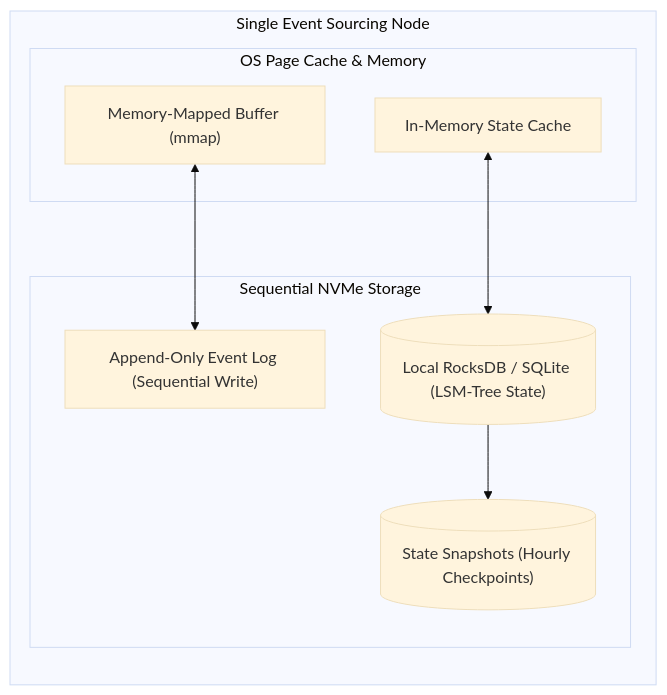
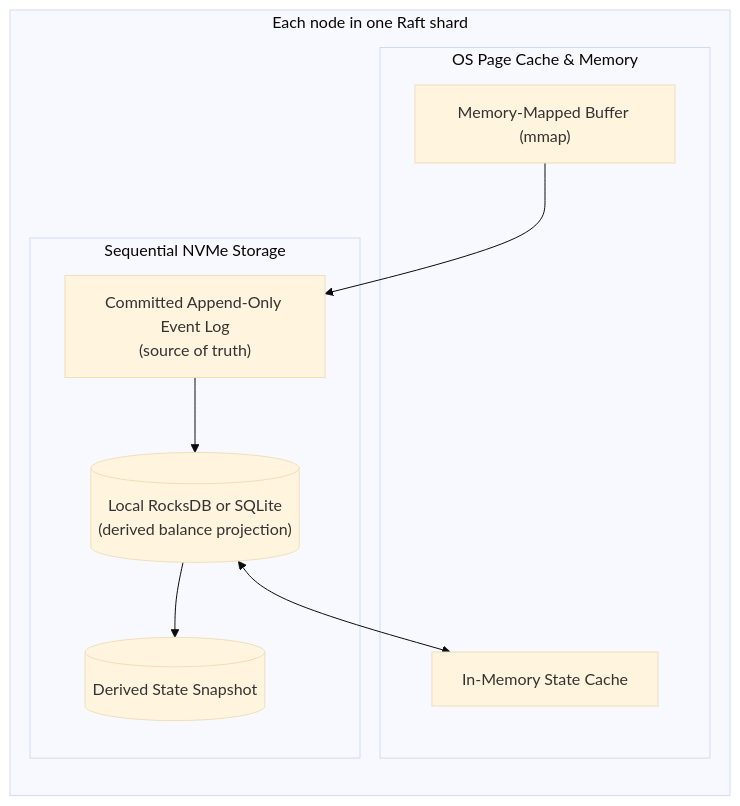
The sixth of 11 diagrams in system-design-cases/bytebytego/28-digital-wallet.md (gurkanindibay/azure_learning), drawn with Mermaid (base theme) before and after one commit. The commit also changed other lines of this file and 8 other files, not shown here.

Commit message:
feat: refine digital wallet storage model, add Raft sharding diagrams and balance check read path

````diff
--- a/system-design-cases/bytebytego/28-digital-wallet.md
+++ b/system-design-cases/bytebytego/28-digital-wallet.md
@@ -189,19 +189,20 @@
 ```mermaid
 flowchart TD
-    subgraph NodeArchitecture["Single Event Sourcing Node"]
+    subgraph NodeArchitecture["Each node in one Raft shard"]
         direction TB
         subgraph MemStore["OS Page Cache & Memory"]
             MMAP["Memory-Mapped Buffer (mmap)"]
             MEM_STATE["In-Memory State Cache"]
         end
         subgraph DiskStore["Sequential NVMe Storage"]
-            WAL["Append-Only Event Log (Sequential Write)"]
-            ROCKS[("Local RocksDB / SQLite (LSM-Tree State)")]
-            SNAP[("State Snapshots (Hourly Checkpoints)")]
+            WAL["Committed Append-Only Event Log<br/>(source of truth)"]
+            ROCKS[("Local RocksDB or SQLite<br/>(derived balance projection)")]
+            SNAP[("Derived State Snapshot")]
         end
     end
 
-    MMAP <--> WAL
-    MEM_STATE <--> ROCKS
+    MMAP --> WAL
+    WAL --> ROCKS
+    ROCKS <--> MEM_STATE
     ROCKS --> SNAP
 ```
````
